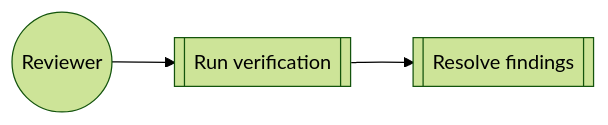
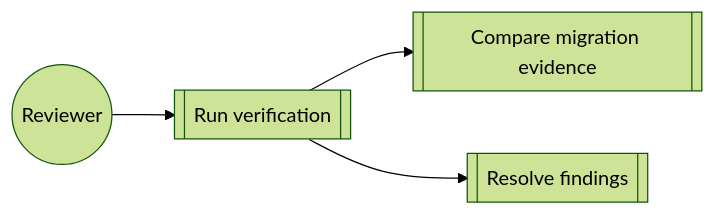
One commit to buster/givn changed the diagram in givn/specs/verify-change/usecase.md. Above: the diagram before and after it, drawn with Mermaid (forest theme). The commit also changed other lines of this file and 19 other files, not shown here.

````diff
--- a/givn/specs/verify-change/usecase.md
+++ b/givn/specs/verify-change/usecase.md
@@ -88,5 +95,6 @@
 ```mermaid
 flowchart LR
   Reviewer((Reviewer)) --> Check[[Run verification]]
+  Check --> Migration[[Compare migration evidence]]
   Check --> Findings[[Resolve findings]]
 ```
````
